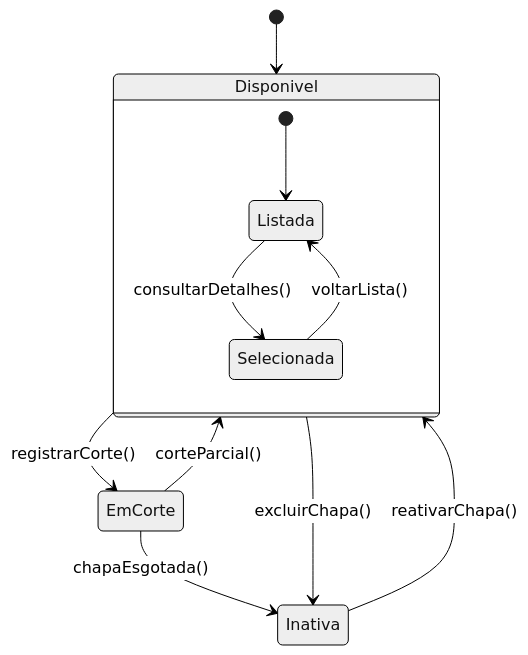
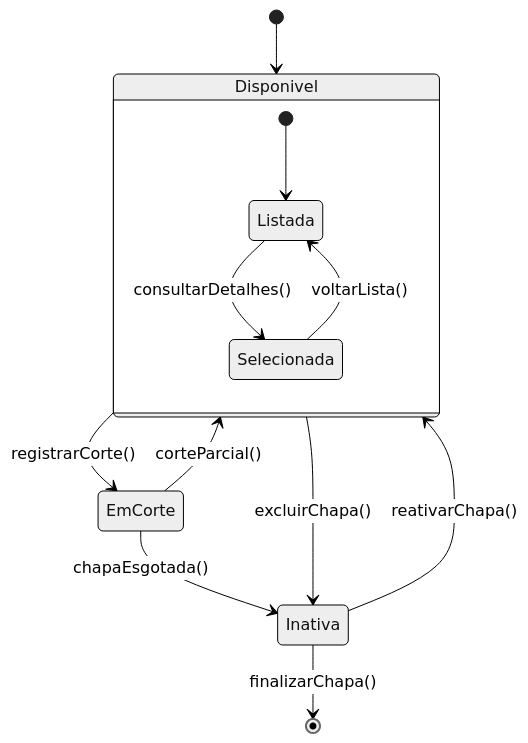
Before and after one commit to WlFerrari/TetusManager: the first of 3 diagrams in DIAGRAMA_ESTADOS_MERMAID.md, drawn with Mermaid (neutral theme). The commit also changed other lines of this file and 3 other files, not shown here.

````diff
--- a/DIAGRAMA_ESTADOS_MERMAID.md
+++ b/DIAGRAMA_ESTADOS_MERMAID.md
@@ -5,17 +5,18 @@
 ```mermaid
 stateDiagram-v2
     [*] --> Disponivel
 
     Disponivel --> EmCorte: registrarCorte()
     EmCorte --> Disponivel: corteParcial()
     EmCorte --> Inativa: chapaEsgotada()
 
     Disponivel --> Inativa: excluirChapa()
     Inativa --> Disponivel: reativarChapa()
+    Inativa --> [*]: finalizarChapa()
 
     state Disponivel {
         [*] --> Listada
         Listada --> Selecionada: consultarDetalhes()
         Selecionada --> Listada: voltarLista()
     }
 ```
````
